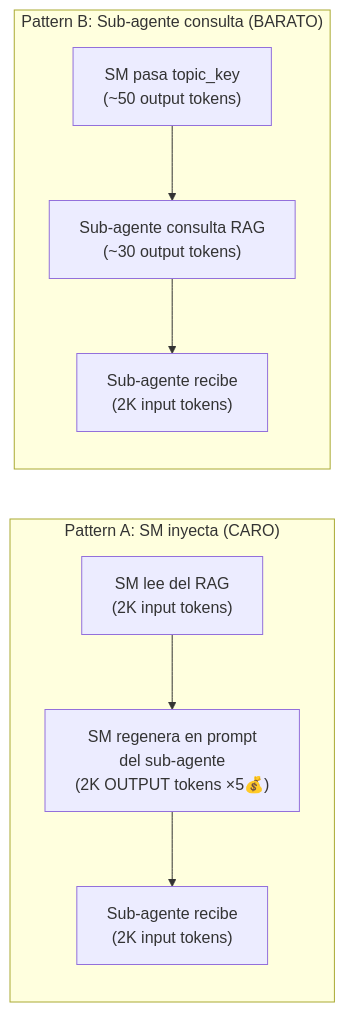
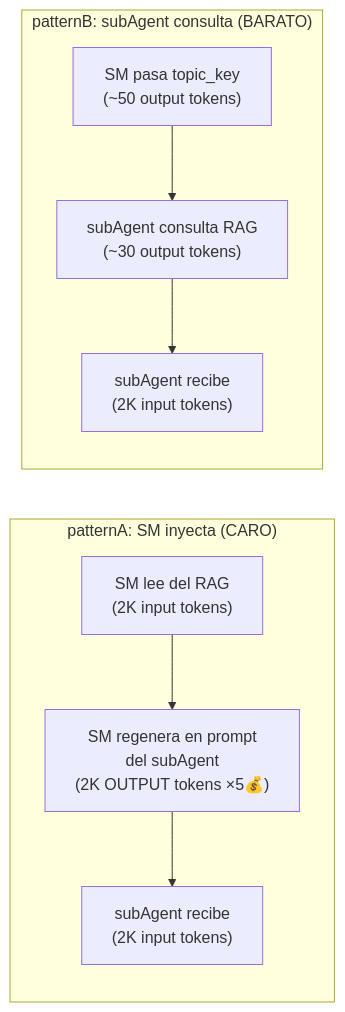
Before and after one commit to virgenherrera/idea-to-mvp: the first of 3 diagrams in docs/planning/artifacts/retrieval.md, drawn with Mermaid. The commit also changed other lines of this file and 30 other files, not shown here.

````diff
--- a/docs/planning/artifacts/retrieval.md
+++ b/docs/planning/artifacts/retrieval.md
@@ -22,18 +22,18 @@
 ```mermaid
 flowchart LR
-    subgraph PATTERN_A["Pattern A: SM inyecta (CARO)"]
+    subgraph PATTERN_A["patternA: SM inyecta (CARO)"]
         direction TB
         A1["SM lee del RAG\n(2K input tokens)"]
-        A2["SM regenera en prompt\ndel sub-agente\n(2K OUTPUT tokens ×5💰)"]
-        A3["Sub-agente recibe\n(2K input tokens)"]
+        A2["SM regenera en prompt\ndel subAgent\n(2K OUTPUT tokens ×5💰)"]
+        A3["subAgent recibe\n(2K input tokens)"]
         A1 --> A2 --> A3
     end
 
-    subgraph PATTERN_B["Pattern B: Sub-agente consulta (BARATO)"]
+    subgraph PATTERN_B["patternB: subAgent consulta (BARATO)"]
         direction TB
         B1["SM pasa topic_key\n(~50 output tokens)"]
-        B2["Sub-agente consulta RAG\n(~30 output tokens)"]
-        B3["Sub-agente recibe\n(2K input tokens)"]
+        B2["subAgent consulta RAG\n(~30 output tokens)"]
+        B3["subAgent recibe\n(2K input tokens)"]
         B1 --> B2 --> B3
     end
 ```
````
